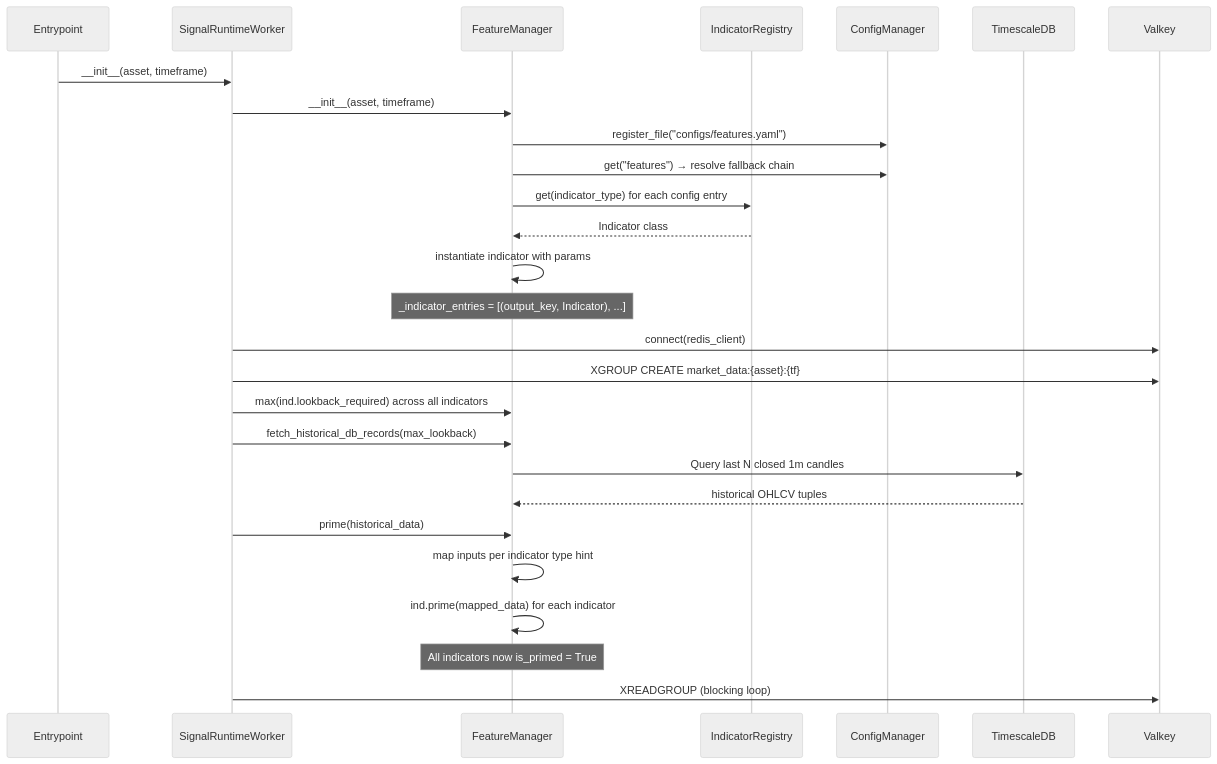
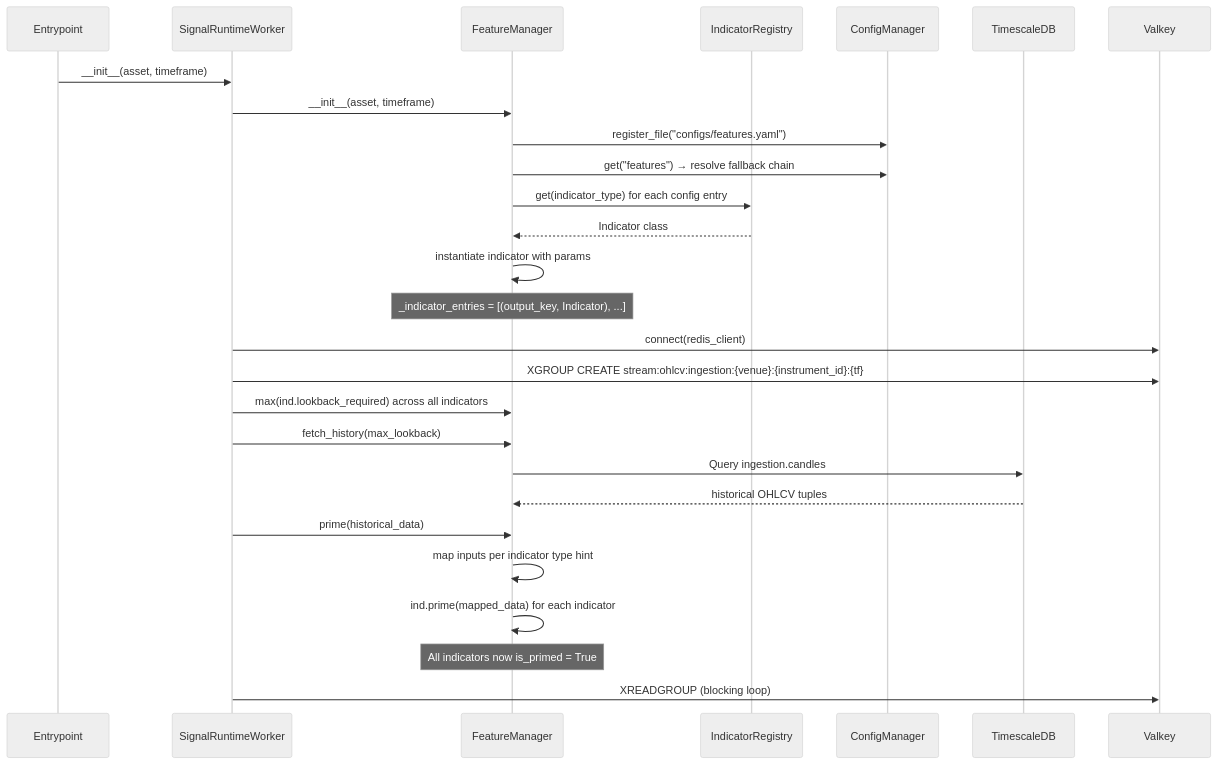
One commit to transparentCode/flipperAgent changed the third of 5 diagrams in docs/signal_app.md. Above: the diagram before and after it, drawn with Mermaid (neutral theme). The commit also changed other lines of this file and 325 other files, not shown here.

````diff
--- a/docs/signal_app.md
+++ b/docs/signal_app.md
@@ -174,34 +174,34 @@
 ```mermaid
 sequenceDiagram
     participant Main as Entrypoint
     participant SW as SignalRuntimeWorker
     participant FM as FeatureManager
     participant IR as IndicatorRegistry
     participant CFG as ConfigManager
     participant DB as TimescaleDB
     participant VK as Valkey
 
     Main->>SW: __init__(asset, timeframe)
     SW->>FM: __init__(asset, timeframe)
     FM->>CFG: register_file("configs/features.yaml")
     FM->>CFG: get("features") → resolve fallback chain
     FM->>IR: get(indicator_type) for each config entry
     IR-->>FM: Indicator class
     FM->>FM: instantiate indicator with params
     Note over FM: _indicator_entries = [(output_key, Indicator), ...]
 
     SW->>VK: connect(redis_client)
-    SW->>VK: XGROUP CREATE market_data:{asset}:{tf}
+    SW->>VK: XGROUP CREATE stream:ohlcv:ingestion:{venue}:{instrument_id}:{tf}
 
     SW->>FM: max(ind.lookback_required) across all indicators
-    SW->>FM: fetch_historical_db_records(max_lookback)
-    FM->>DB: Query last N closed 1m candles
+    SW->>FM: fetch_history(max_lookback)
+    FM->>DB: Query ingestion.candles
     DB-->>FM: historical OHLCV tuples
 
     SW->>FM: prime(historical_data)
     FM->>FM: map inputs per indicator type hint
     FM->>FM: ind.prime(mapped_data) for each indicator
     Note over FM: All indicators now is_primed = True
 
     SW->>VK: XREADGROUP (blocking loop)
 ```
````
